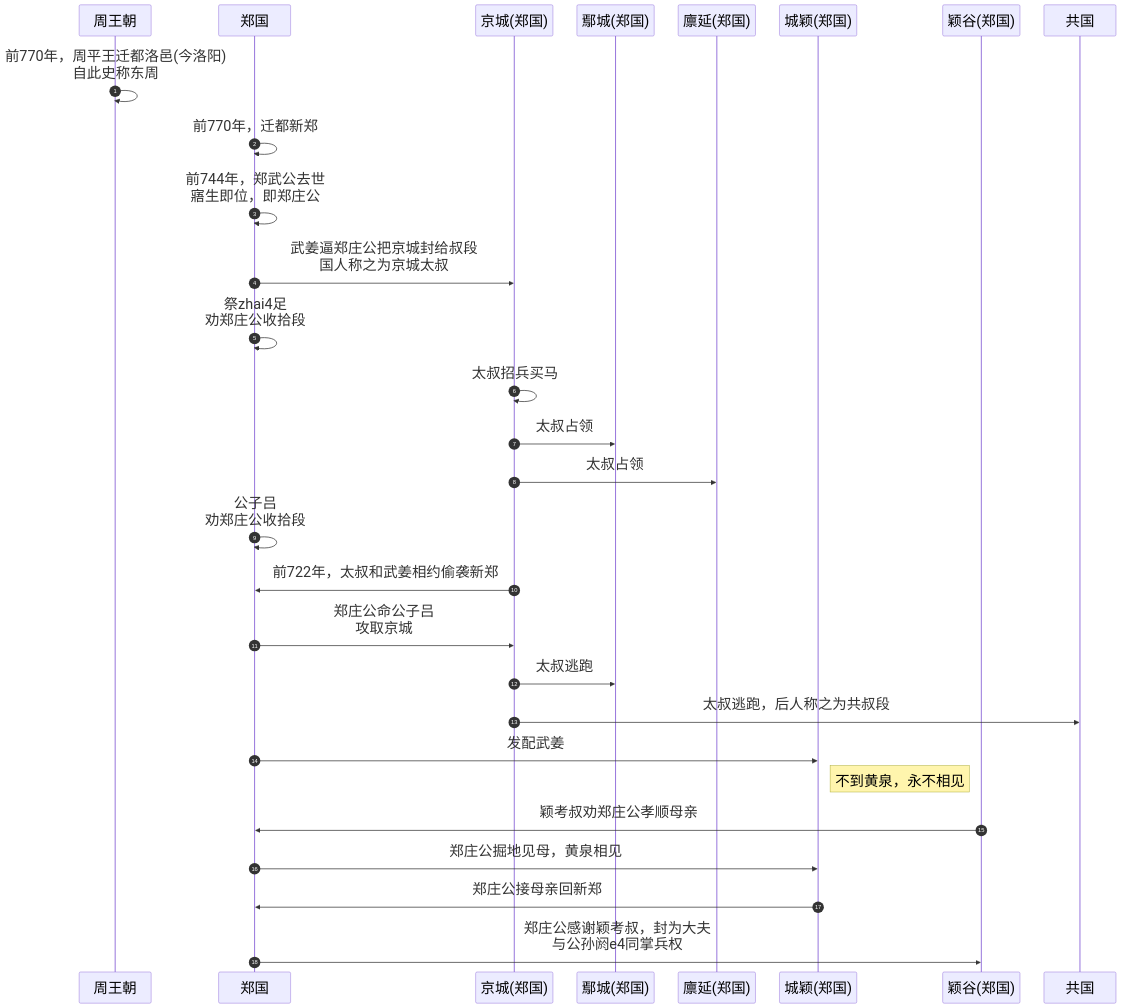
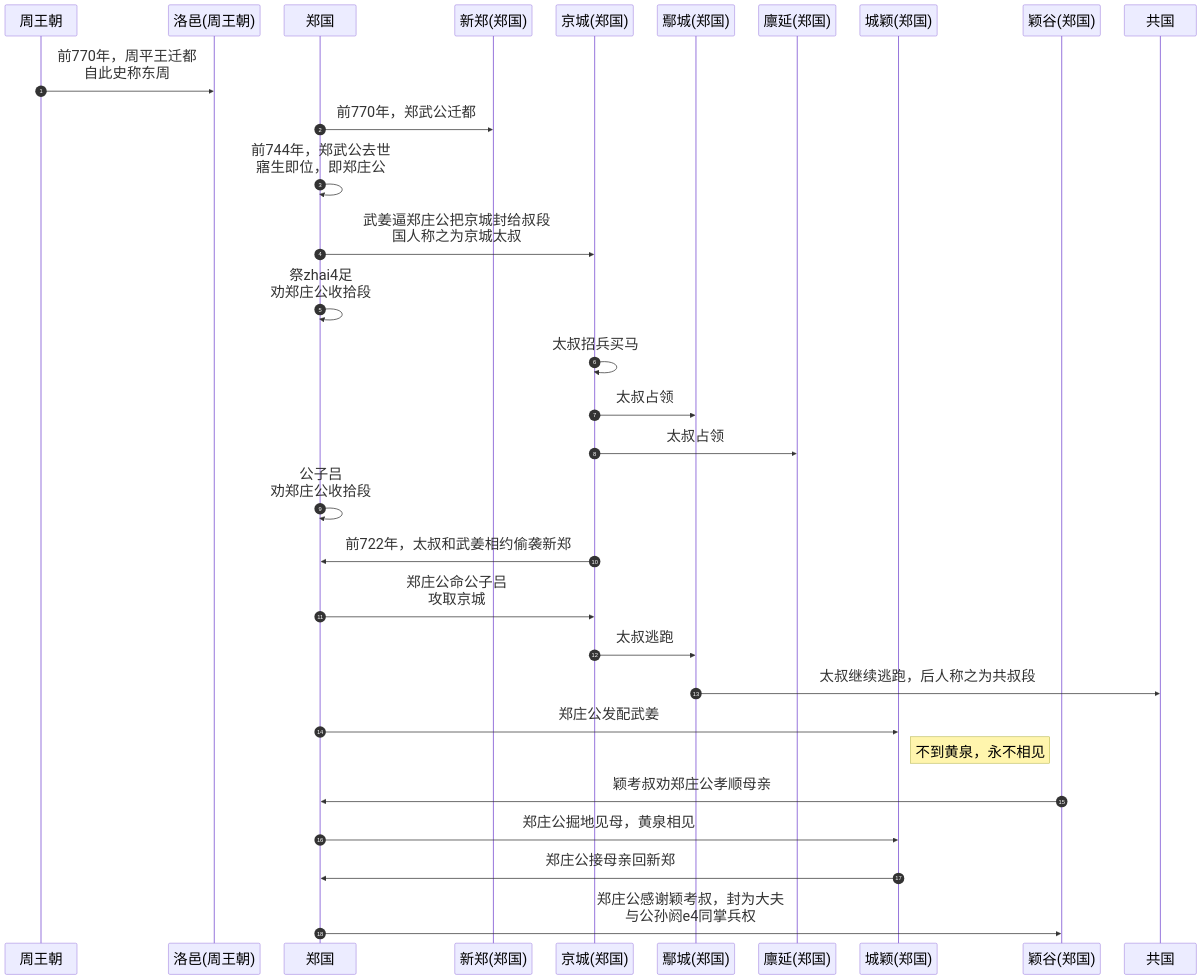
Before and after one commit to tsuyu2016/read: the third of 3 diagrams in 透过地理看历史（春秋篇）02.md, drawn with Mermaid. The commit also changed 1 other file, not shown here.

````diff
--- a/透过地理看历史（春秋篇）02.md
+++ b/透过地理看历史（春秋篇）02.md
@@ -58,44 +58,46 @@
 ```mermaid
 ---
 config:
   themeCSS: '
     .messageText {font-size: 20px;}
   '
   fontSize: 30
   sequence:
     noteAlign: left
     messageFontSize: 20
     noteFontSize: 20
 ---
 sequenceDiagram
   autonumber
 
   participant 周王朝
+  participant 洛邑(周王朝)
   participant 郑国
+  participant 新郑(郑国)
   participant 京城(郑国)
   participant 鄢城(郑国)
   participant 廪延(郑国)
   participant 城颖(郑国)
   participant 颖谷(郑国)
   participant 共国
 
-  周王朝 ->> 周王朝:前770年，周平王迁都洛邑(今洛阳)<br/>自此史称东周
-  郑国 ->> 郑国:前770年，迁都新郑
+  周王朝 ->> 洛邑(周王朝):前770年，周平王迁都<br/>自此史称东周
+  郑国 ->> 新郑(郑国):前770年，郑武公迁都
   郑国 ->> 郑国:前744年，郑武公去世<br/>寤生即位，即郑庄公
   郑国 ->> 京城(郑国):武姜逼郑庄公把京城封给叔段<br/>国人称之为京城太叔
   郑国 ->> 郑国:祭zhai4足<br/>劝郑庄公收拾段
   京城(郑国) ->> 京城(郑国):太叔招兵买马
   京城(郑国) ->> 鄢城(郑国):太叔占领
   京城(郑国) ->> 廪延(郑国):太叔占领
   郑国 ->> 郑国:公子吕<br/>劝郑庄公收拾段
   京城(郑国) ->> 郑国:前722年，太叔和武姜相约偷袭新郑
   郑国 ->> 京城(郑国):郑庄公命公子吕<br/>攻取京城
   京城(郑国) ->> 鄢城(郑国):太叔逃跑
-  京城(郑国) ->> 共国:太叔逃跑，后人称之为共叔段
-  郑国 ->> 城颖(郑国):发配武姜
+  鄢城(郑国) ->> 共国:太叔继续逃跑，后人称之为共叔段
+  郑国 ->> 城颖(郑国):郑庄公发配武姜
   note right of 城颖(郑国):不到黄泉，永不相见
   颖谷(郑国) ->> 郑国:颖考叔劝郑庄公孝顺母亲
   郑国 ->> 城颖(郑国):郑庄公掘地见母，黄泉相见
   城颖(郑国) ->> 郑国:郑庄公接母亲回新郑
   郑国 ->> 颖谷(郑国):郑庄公感谢颖考叔，封为大夫<br/>与公孙阏e4同掌兵权
 ```
````
